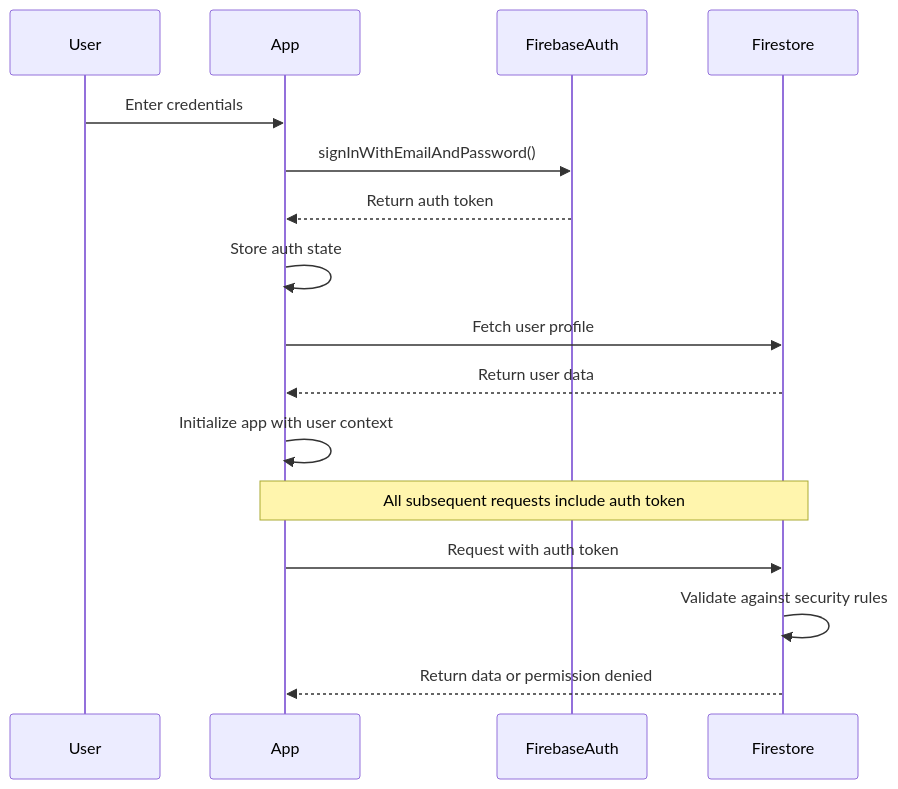
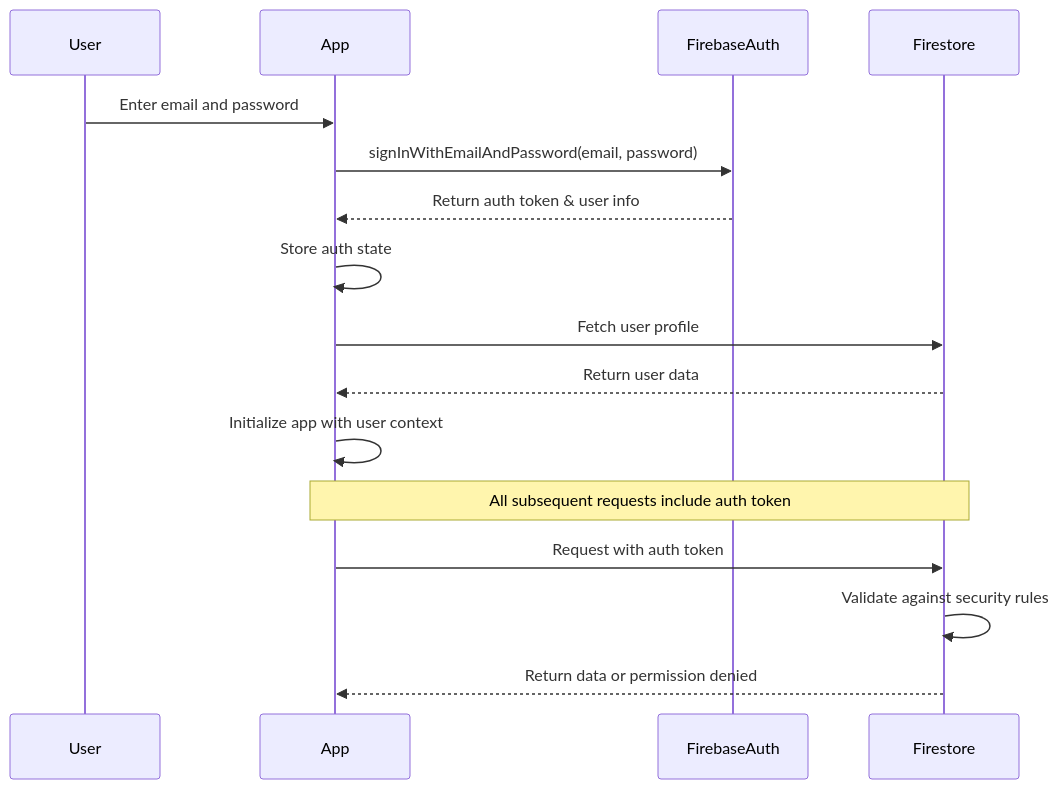
One commit to metamonk/yipyap changed the diagram in docs/architecture/backend-architecture.md. Above: the diagram before and after it, drawn with Mermaid. The commit also changed 167 other files, not shown here.

````diff
--- a/docs/architecture/backend-architecture.md
+++ b/docs/architecture/backend-architecture.md
@@ -228,20 +228,20 @@
 ```mermaid
 sequenceDiagram
     participant User
     participant App
     participant FirebaseAuth
     participant Firestore
 
-    User->>App: Enter credentials
-    App->>FirebaseAuth: signInWithEmailAndPassword()
-    FirebaseAuth-->>App: Return auth token
+    User->>App: Enter email and password
+    App->>FirebaseAuth: signInWithEmailAndPassword(email, password)
+    FirebaseAuth-->>App: Return auth token & user info
     App->>App: Store auth state
     App->>Firestore: Fetch user profile
     Firestore-->>App: Return user data
     App->>App: Initialize app with user context
 
     Note over App,Firestore: All subsequent requests include auth token
     App->>Firestore: Request with auth token
     Firestore->>Firestore: Validate against security rules
     Firestore-->>App: Return data or permission denied
 ```
````
